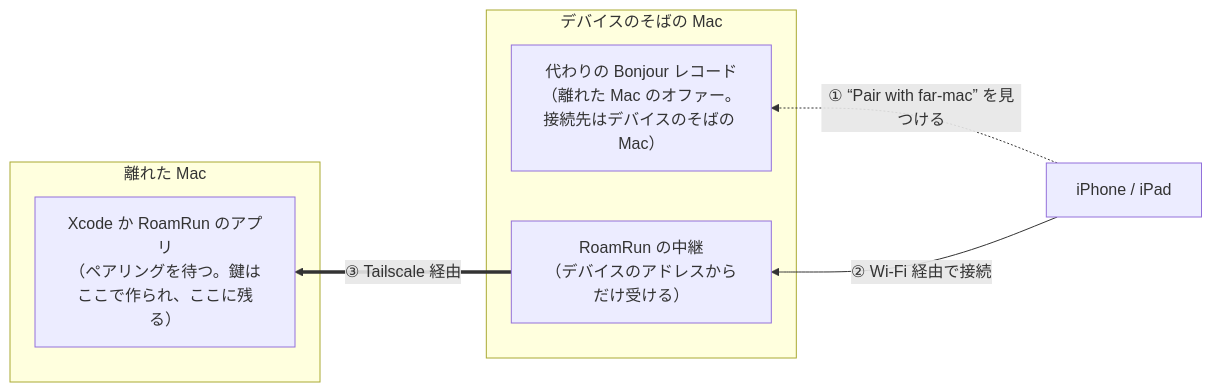
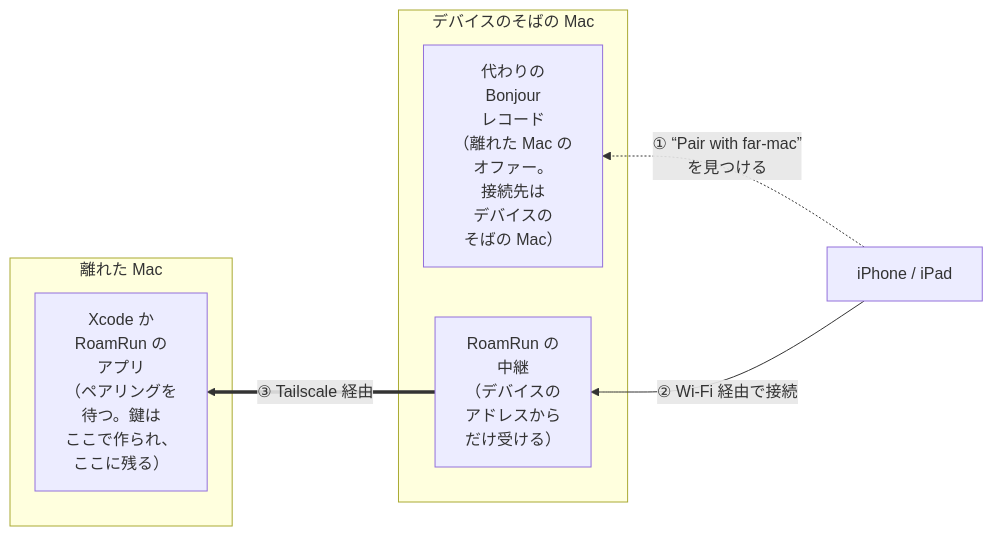
One commit to mh-mobile/RoamRun changed the third of 3 diagrams in docs/how-it-works.ja.md. Above: the diagram before and after it, drawn with Mermaid. The commit also changed 1 other file, not shown here.

Commit message:
docs/how-it-works: the far-Mac diagram's labels fit their boxes on GitHub
The same words, with line breaks.

````diff
--- a/docs/how-it-works.ja.md
+++ b/docs/how-it-works.ja.md
@@ -77,14 +77,14 @@
 ```mermaid
 flowchart RL
   subgraph home["デバイスのそばの Mac"]
-    fake["代わりの Bonjour レコード<br/>（離れた Mac のオファー。接続先はデバイスのそばの Mac）"]
-    relay["RoamRun の中継<br/>（デバイスのアドレスからだけ受ける）"]
+    fake["代わりの<br/>Bonjour<br/>レコード<br/>（離れた Mac の<br/>オファー。<br/>接続先は<br/>デバイスの<br/>そばの Mac）"]
+    relay["RoamRun の<br/>中継<br/>（デバイスの<br/>アドレスから<br/>だけ受ける）"]
   end
   subgraph far["離れた Mac"]
-    host["Xcode か RoamRun のアプリ<br/>（ペアリングを待つ。鍵はここで作られ、ここに残る）"]
+    host["Xcode か<br/>RoamRun の<br/>アプリ<br/>（ペアリングを<br/>待つ。鍵は<br/>ここで作られ、<br/>ここに残る）"]
   end
   iphone["iPhone / iPad"]
-  iphone -. "① “Pair with far-mac” を見つける" .-> fake
+  iphone -. "① “Pair with far-mac”<br/>を見つける" .-> fake
   iphone -- "② Wi-Fi 経由で接続" --> relay
   relay == "③ Tailscale 経由" ==> host
 ```
````
